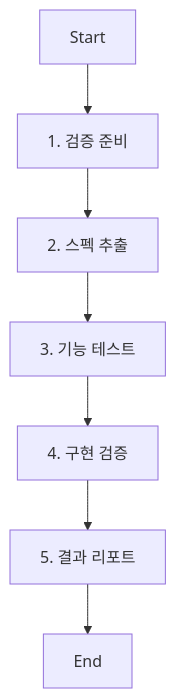
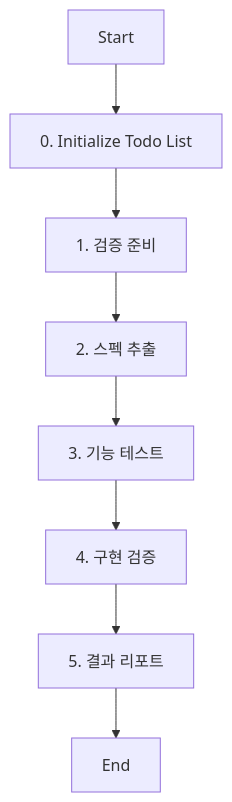
The diagram in opencode/config/agent/qa.md (ksm0709/dotfiles), drawn with Mermaid before and after one commit. The commit also changed other lines of this file and 8 other files, not shown here.

````diff
--- a/opencode/config/agent/qa.md
+++ b/opencode/config/agent/qa.md
@@ -45,9 +47,10 @@
 ```mermaid
 graph TD
-    Start[Start] --> Prepare[1. 검증 준비]
+    Start[Start] --> Init[0. Initialize Todo List]
+    Init --> Prepare[1. 검증 준비]
     Prepare --> Extract[2. 스펙 추출]
     Extract --> Test[3. 기능 테스트]
     Test --> Verify[4. 구현 검증]
     Verify --> Report[5. 결과 리포트]
     Report --> End[End]
 ```
````
